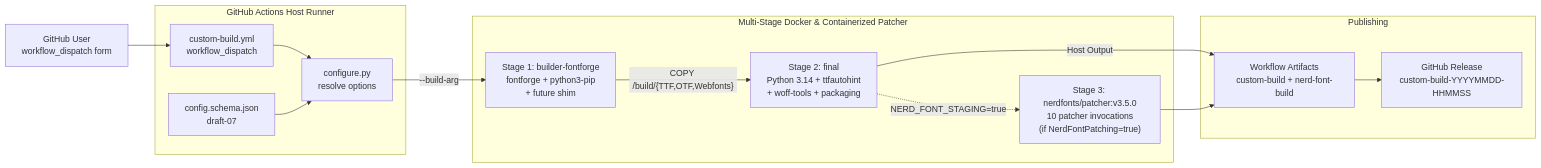
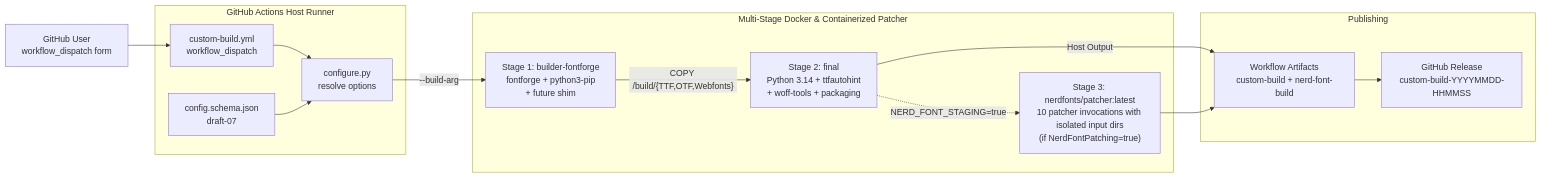
Before and after one commit to GulajavaMinistudio/fantasque-sans: the second of 3 diagrams in docs/ARCHITECTURE.md, drawn with Mermaid. The commit also changed other lines of this file, not shown here.

Commit message:
fix: Update Docker image references and clarify input directory handling for Nerd Font patching

````diff
--- a/docs/ARCHITECTURE.md
+++ b/docs/ARCHITECTURE.md
@@ -103,29 +103,29 @@
 ```mermaid
 flowchart LR
     subgraph Host["GitHub Actions Host Runner"]
         CFG[configure.py<br/>resolve options]
         SCHEMA[config.schema.json<br/>draft-07]
         WF[custom-build.yml<br/>workflow_dispatch]
     end
 
     subgraph Docker["Multi-Stage Docker & Containerized Patcher"]
         S1["Stage 1: builder-fontforge<br/>fontforge + python3-pip<br/>+ future shim"]
         S2["Stage 2: final<br/>Python 3.14 + ttfautohint<br/>+ woff-tools + packaging"]
-        S3["Stage 3: nerdfonts/patcher:v3.5.0<br/>10 patcher invocations<br/>(if NerdFontPatching=true)"]
+        S3["Stage 3: nerdfonts/patcher:latest<br/>10 patcher invocations with isolated input dirs<br/>(if NerdFontPatching=true)"]
     end
 
     subgraph Publish["Publishing"]
         ART[Workflow Artifacts<br/>custom-build + nerd-font-build]
         REL[GitHub Release<br/>custom-build-YYYYMMDD-HHMMSS]
     end
 
     User["GitHub User<br/>workflow_dispatch form"] --> WF
     WF --> CFG
     SCHEMA --> CFG
     CFG --> |"--build-arg"| S1
     S1 --> |"COPY /build/{TTF,OTF,Webfonts}"| S2
     S2 --> |"Host Output"| ART
     S2 -.-> |"NERD_FONT_STAGING=true"| S3
     S3 --> ART
     ART --> REL
 ```
````
